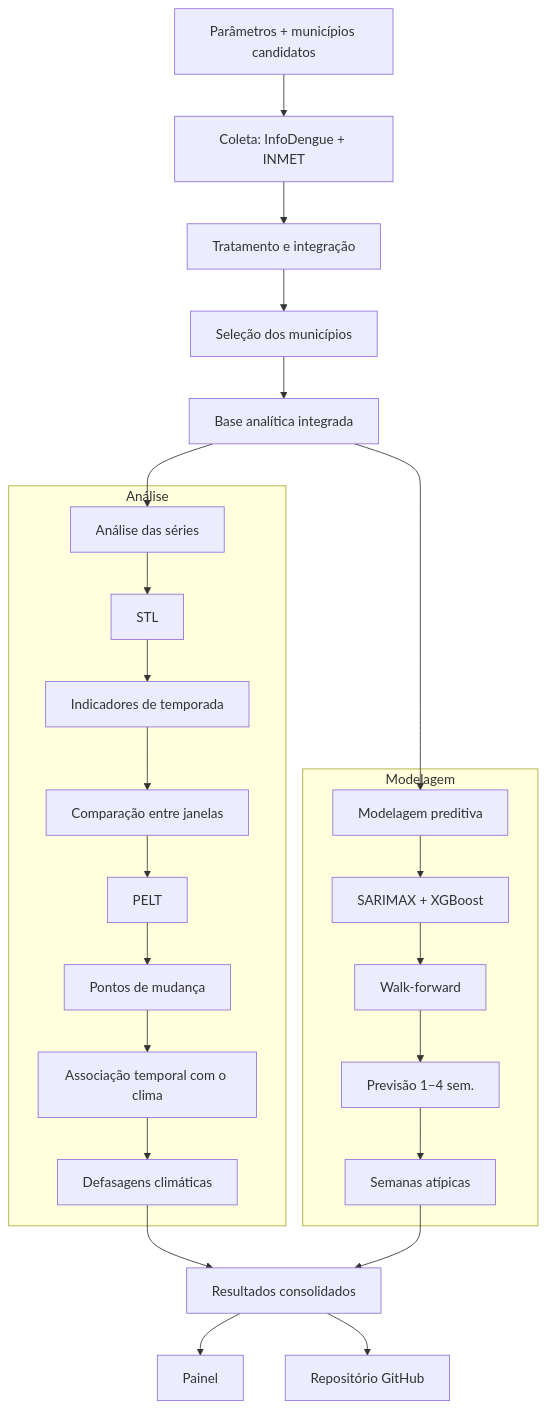
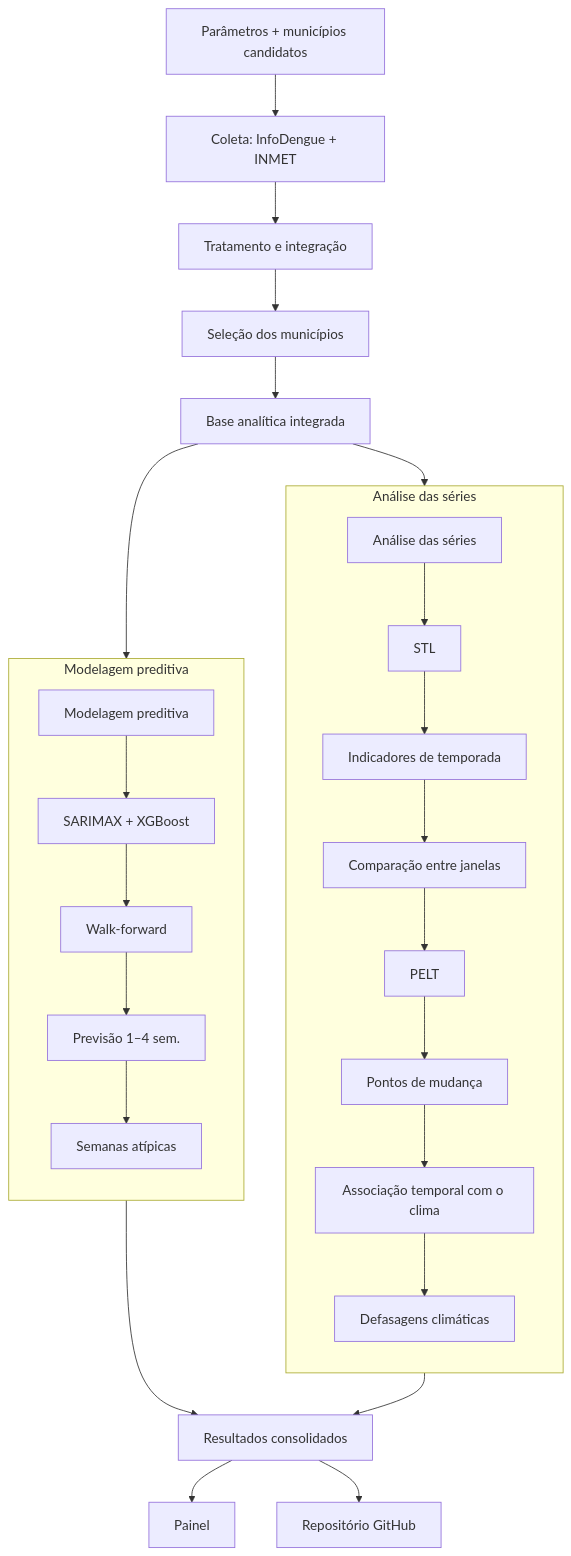
Before and after one commit to slthaina/projeto-aplicado-iv: the diagram in docs/etapa-2/pipeline.md, drawn with Mermaid. The commit also changed other lines of this file, not shown here.

Commit message:
Refactor analysis and modeling sections in pipeline.md

````diff
--- a/docs/etapa-2/pipeline.md
+++ b/docs/etapa-2/pipeline.md
@@ -28,33 +28,35 @@
 ```mermaid
 graph TD
     A[Parâmetros + municípios candidatos] --> B[Coleta: InfoDengue + INMET]
     B --> C[Tratamento e integração]
     C --> D[Seleção dos municípios]
     D --> E[Base analítica integrada]
-    
-    E --> F[Análise das séries]
-    E --> G[Modelagem preditiva]
-    
-    subgraph Análise
-        F --> F1[STL]
-        F1 --> F2[Indicadores de temporada]
-        F2 --> F3[Comparação entre janelas]
-        F3 --> F4[PELT]
-        F4 --> F5[Pontos de mudança]
-        F5 --> F6[Associação temporal com o clima]
-        F6 --> F7[Defasagens climáticas]
+
+    E --> F1
+    E --> G1
+
+    subgraph Analise["Análise das séries"]
+        direction TD
+        F1[Análise das séries] --> F2[STL]
+        F2 --> F3[Indicadores de temporada]
+        F3 --> F4[Comparação entre janelas]
+        F4 --> F5[PELT]
+        F5 --> F6[Pontos de mudança]
+        F6 --> F7[Associação temporal com o clima]
+        F7 --> F8[Defasagens climáticas]
     end
-    
-    subgraph Modelagem
-        G --> G1[SARIMAX + XGBoost]
-        G1 --> G2[Walk-forward]
-        G2 --> G3[Previsão 1–4 sem.]
-        G3 --> G4[Semanas atípicas]
+
+    subgraph Modelagem["Modelagem preditiva"]
+        direction TD
+        G1[Modelagem preditiva] --> G2[SARIMAX + XGBoost]
+        G2 --> G3[Walk-forward]
+        G3 --> G4[Previsão 1–4 sem.]
+        G4 --> G5[Semanas atípicas]
     end
-    
-    F7 --> H[Resultados consolidados]
-    G4 --> H
-    
+
+    F8 --> H[Resultados consolidados]
+    G5 --> H
+
     H --> I[Painel]
     H --> J[Repositório GitHub]
 ```
````
